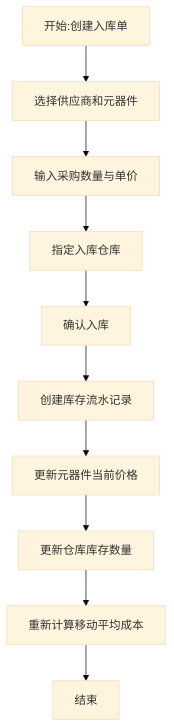
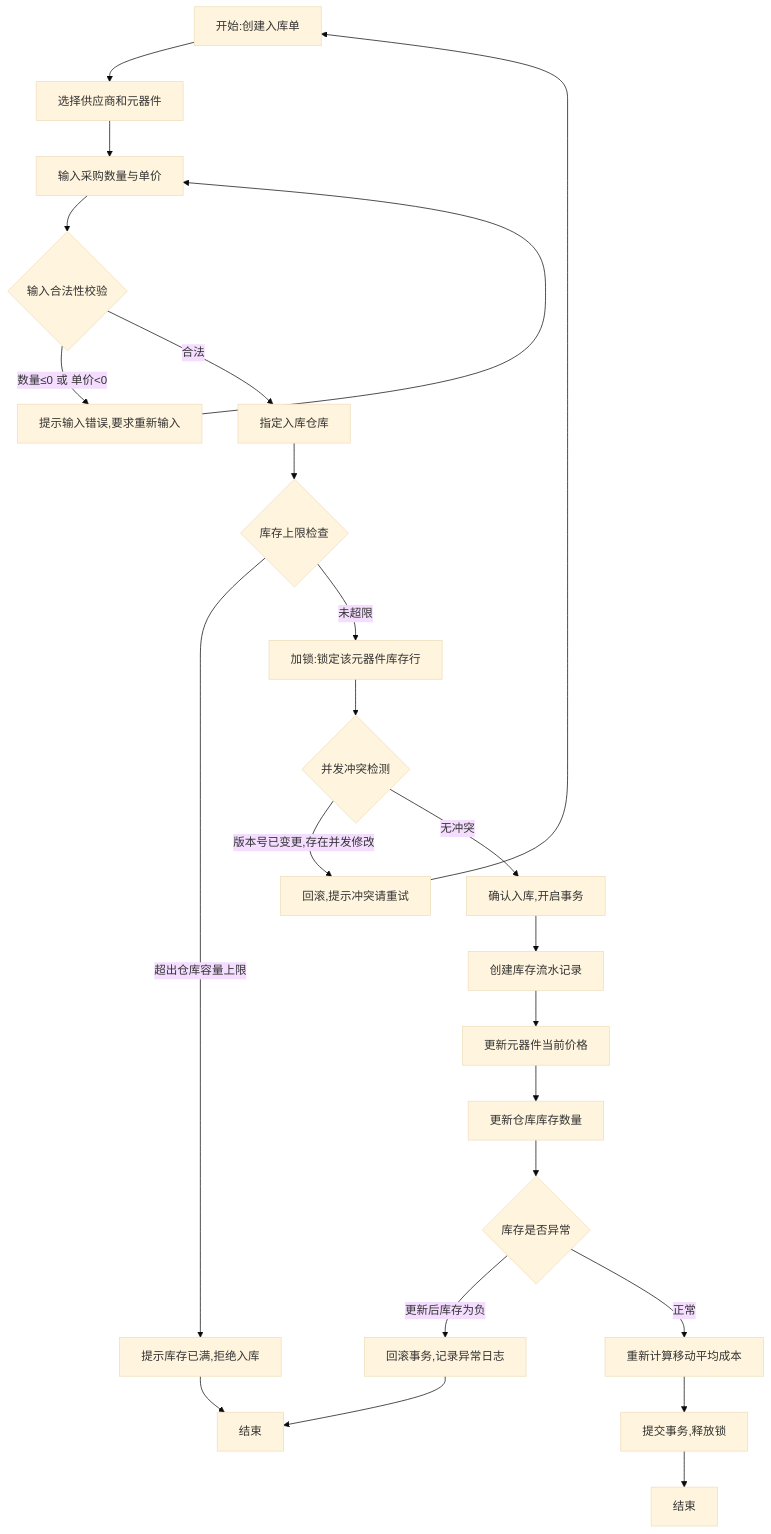
The second of 6 diagrams in 01_功能说明.md (NorthBridgeAthlon64/HPLM_SQL), drawn with Mermaid (base theme) before and after one commit. The commit also changed other lines of this file and 2 other files, not shown here.

First line of the commit message:
feat: 完善Mermaid流程图异常分支、数据字典与DDL一致性、AI使用记录

````diff
--- a/01_功能说明.md
+++ b/01_功能说明.md
@@ -48,12 +57,26 @@
 ```mermaid
 flowchart TD
     A[开始:创建入库单] --> B[选择供应商和元器件]
     B --> C[输入采购数量与单价]
-    C --> D[指定入库仓库]
-    D --> E[确认入库]
-    E --> F[创建库存流水记录]
-    F --> G[更新元器件当前价格]
-    G --> H[更新仓库库存数量]
-    H --> I[重新计算移动平均成本]
-    I --> J[结束]
+    C --> D{输入合法性校验}
+    D -->|数量≤0 或 单价<0| E[提示输入错误,要求重新输入]
+    E --> C
+    D -->|合法| F[指定入库仓库]
+    F --> G{库存上限检查}
+    G -->|超出仓库容量上限| H[提示库存已满,拒绝入库]
+    H --> I[结束]
+    G -->|未超限| J[加锁:锁定该元器件库存行]
+    J --> K{并发冲突检测}
+    K -->|版本号已变更,存在并发修改| L[回滚,提示冲突请重试]
+    L --> A
+    K -->|无冲突| M[确认入库,开启事务]
+    M --> N[创建库存流水记录]
+    N --> O[更新元器件当前价格]
+    O --> P[更新仓库库存数量]
+    P --> Q{库存是否异常}
+    Q -->|更新后库存为负| R[回滚事务,记录异常日志]
+    R --> I
+    Q -->|正常| S[重新计算移动平均成本]
+    S --> T[提交事务,释放锁]
+    T --> U[结束]
 ```
````
